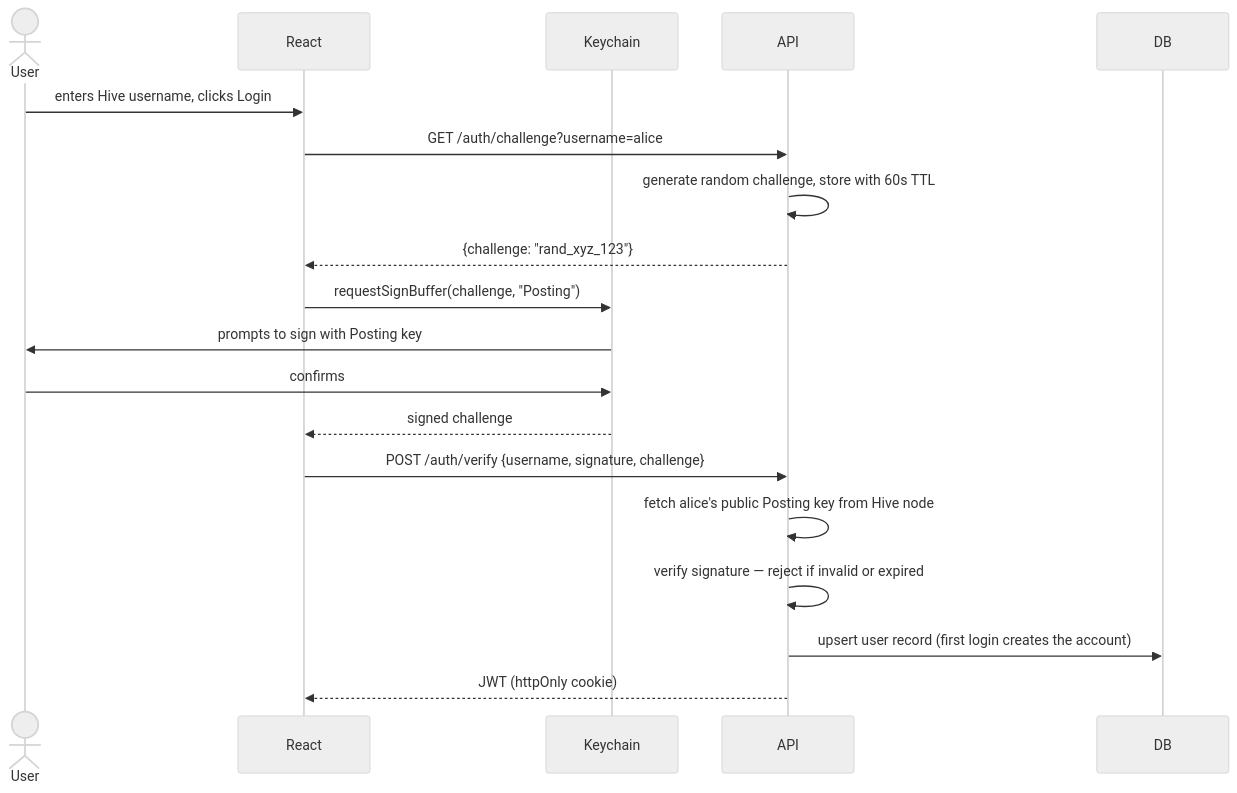
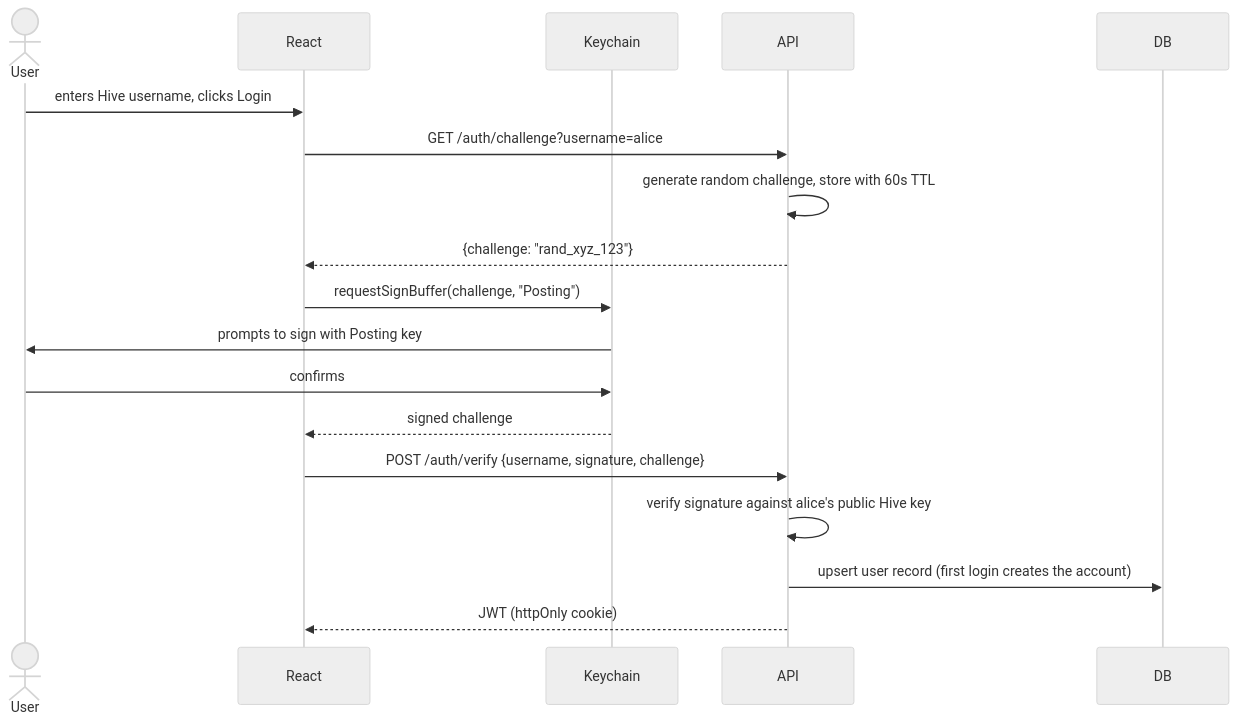
One commit to hdev-core/hive-freelance changed the first of 3 diagrams in Docs/[03] System_Architecture_Data_Model/[04] Auth_Roles_Strategy.md. Above: the diagram before and after it, drawn with Mermaid. The commit also changed other lines of this file, not shown here.

````diff
--- a/Docs/[03] System_Architecture_Data_Model/[04] Auth_Roles_Strategy.md
+++ b/Docs/[03] System_Architecture_Data_Model/[04] Auth_Roles_Strategy.md
@@ -52,25 +56,22 @@
 ```mermaid
 %%{init: {'theme': 'neutral'}}%%
 sequenceDiagram
     actor User
     participant React
     participant Keychain
     participant API
     participant DB
 
     User->>React: enters Hive username, clicks Login
     React->>API: GET /auth/challenge?username=alice
     API->>API: generate random challenge, store with 60s TTL
     API-->>React: {challenge: "rand_xyz_123"}
-
     React->>Keychain: requestSignBuffer(challenge, "Posting")
     Keychain->>User: prompts to sign with Posting key
     User->>Keychain: confirms
     Keychain-->>React: signed challenge
-
     React->>API: POST /auth/verify {username, signature, challenge}
-    API->>API: fetch alice's public Posting key from Hive node
-    API->>API: verify signature — reject if invalid or expired
+    API->>API: verify signature against alice's public Hive key
     API->>DB: upsert user record (first login creates the account)
     API-->>React: JWT (httpOnly cookie)
 ```
````
